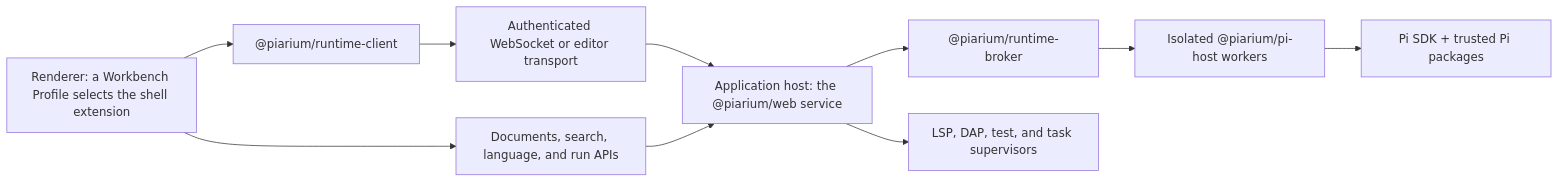
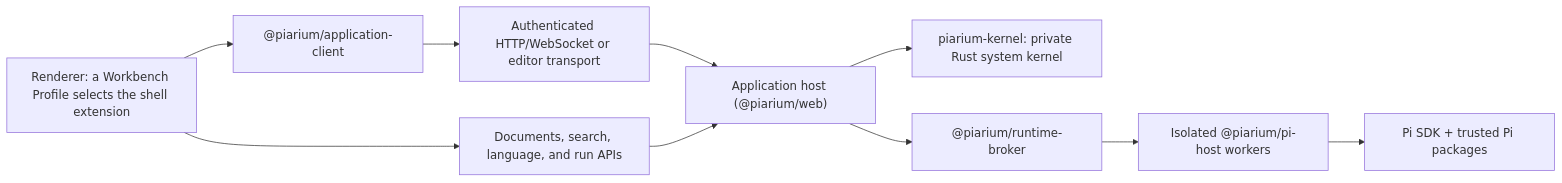
One commit to Youzini-afk/Piarium changed the diagram in README.md. Above: the diagram before and after it, drawn with Mermaid. The commit also changed other lines of this file and 4 other files, not shown here.

Commit message:
docs(readme): describe the agent harness and Rust kernel

````diff
--- a/README.md
+++ b/README.md
@@ -237,12 +261,12 @@
 ```mermaid
 flowchart LR
-    S["Renderer: a Workbench Profile selects the shell extension"] --> C["@piarium/runtime-client"]
+    S["Renderer: a Workbench Profile selects the shell extension"] --> C["@piarium/application-client"]
     S --> D["Documents, search, language, and run APIs"]
-    C --> T["Authenticated WebSocket or editor transport"]
-    T --> A["Application host: the @piarium/web service"]
+    C --> T["Authenticated HTTP/WebSocket or editor transport"]
+    T --> A["Application host (@piarium/web)"]
     D --> A
+    A --> K["piarium-kernel: private Rust system kernel"]
     A --> B["@piarium/runtime-broker"]
-    A --> L["LSP, DAP, test, and task supervisors"]
     B --> H["Isolated @piarium/pi-host workers"]
     H --> P["Pi SDK + trusted Pi packages"]
 ```
````
